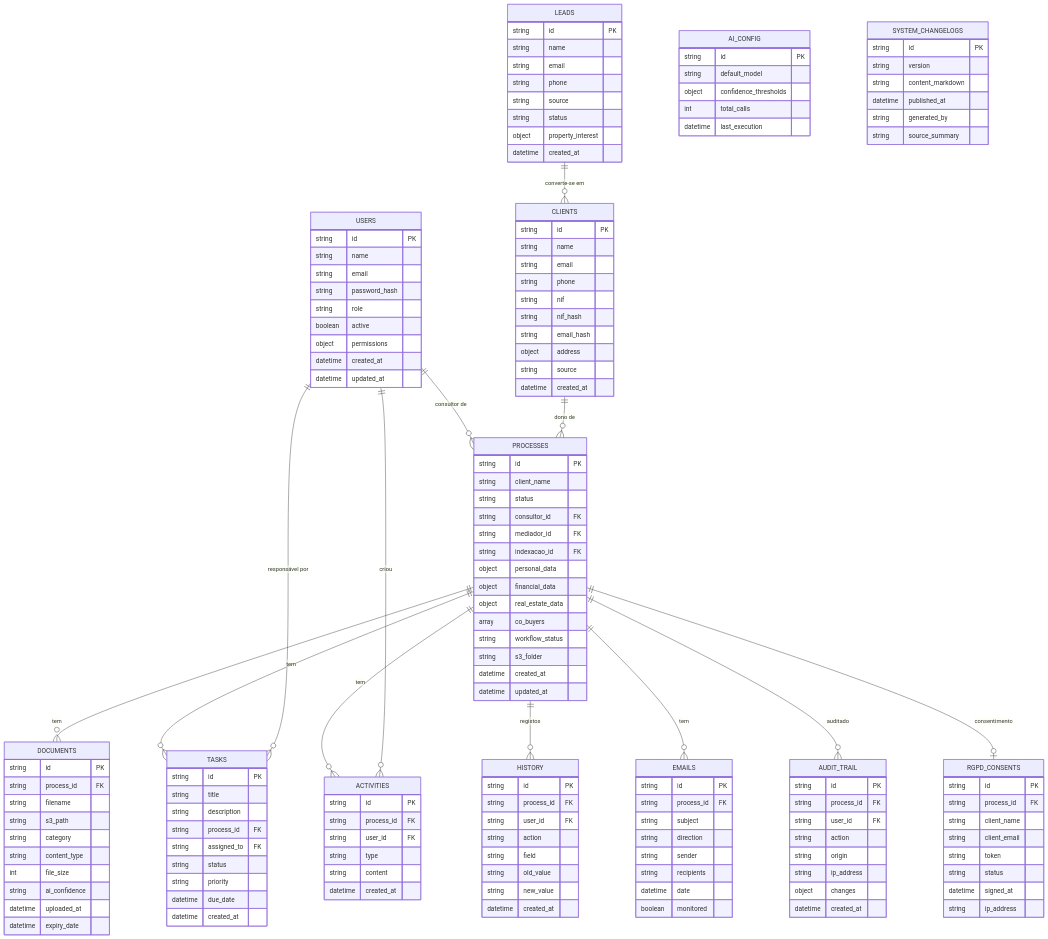
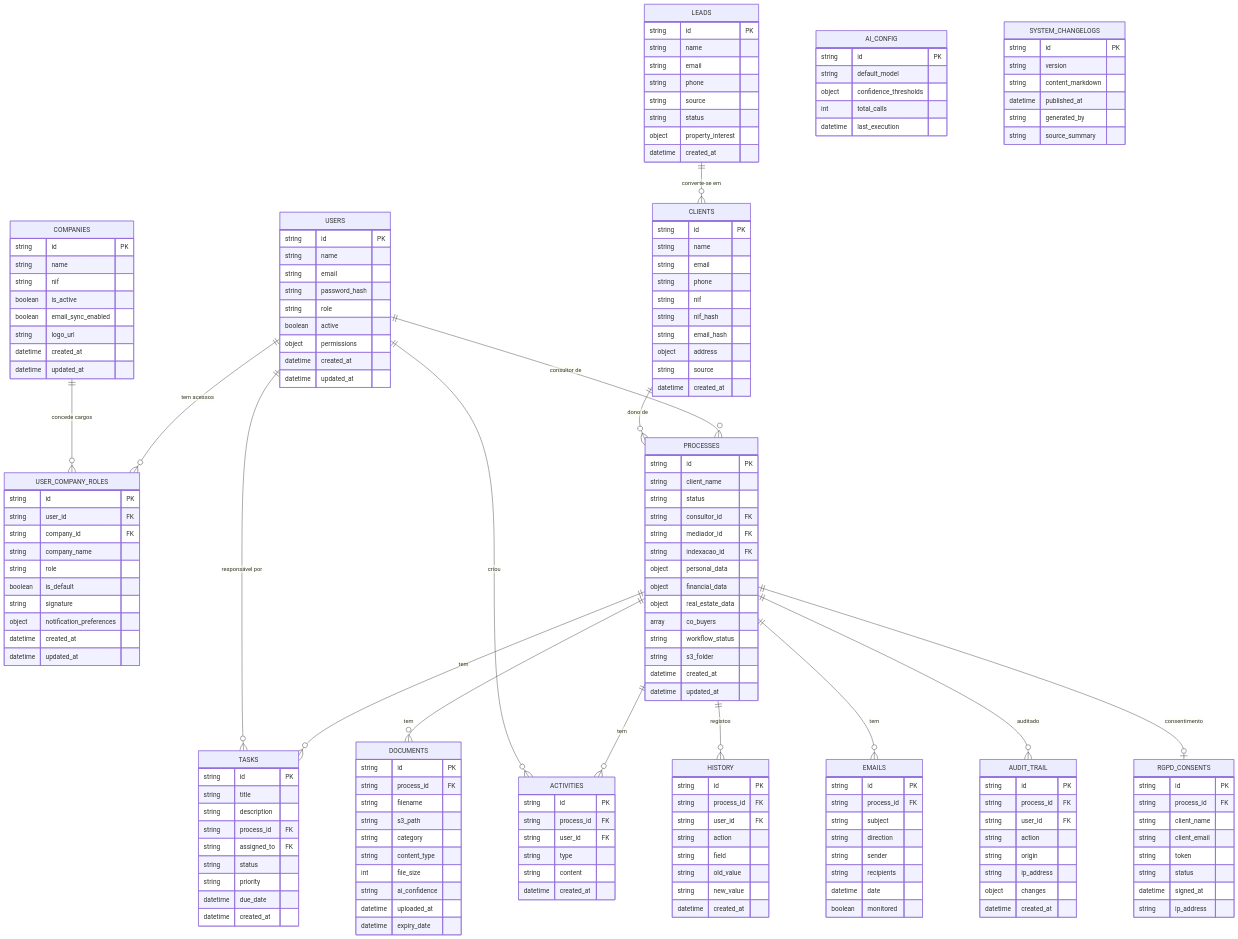
The fourth of 27 diagrams in ARCHITECTURE.md (PowerPrecision/PowerCell), drawn with Mermaid before and after one commit. The commit also changed other lines of this file and 2 other files, not shown here.

````diff
--- a/ARCHITECTURE.md
+++ b/ARCHITECTURE.md
@@ -317,6 +317,30 @@
         string role
         boolean active
         object permissions
+        datetime created_at
+        datetime updated_at
+    }
+
+    COMPANIES {
+        string id PK
+        string name
+        string nif
+        boolean is_active
+        boolean email_sync_enabled
+        string logo_url
+        datetime created_at
+        datetime updated_at
+    }
+
+    USER_COMPANY_ROLES {
+        string id PK
+        string user_id FK
+        string company_id FK
+        string company_name
+        string role
+        boolean is_default
+        string signature
+        object notification_preferences
         datetime created_at
         datetime updated_at
     }
@@ -467,6 +491,8 @@
     USERS ||--o{ PROCESSES : "consultor de"
     USERS ||--o{ TASKS : "responsável por"
     USERS ||--o{ ACTIVITIES : "criou"
+    USERS ||--o{ USER_COMPANY_ROLES : "tem acessos"
+    COMPANIES ||--o{ USER_COMPANY_ROLES : "concede cargos"
     CLIENTS ||--o{ PROCESSES : "dono de"
     LEADS ||--o{ CLIENTS : "converte-se em"
 ```
````
